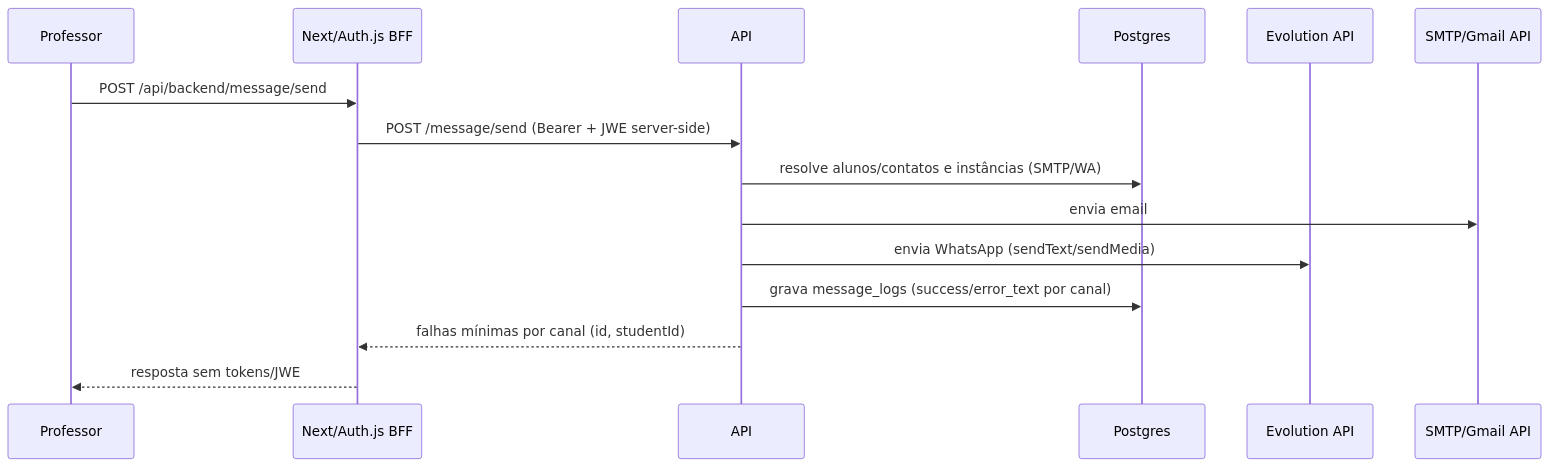
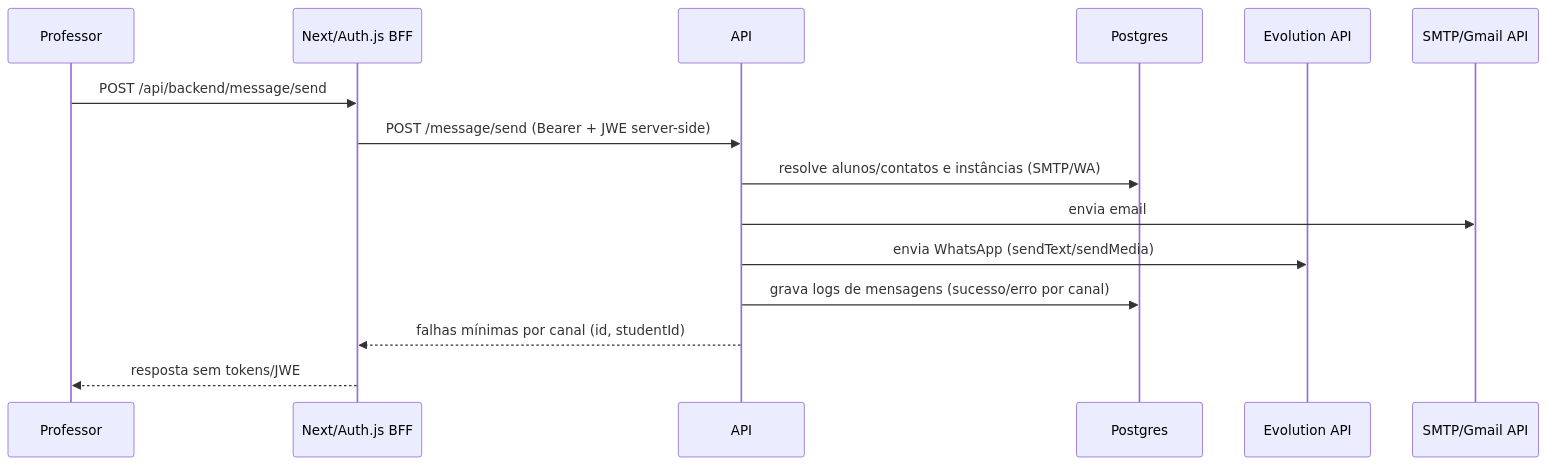
The third of 8 diagrams in README.md (ThalysSilva/unicast-backend), drawn with Mermaid before and after one commit. The commit also changed other lines of this file, not shown here.

Commit message:
fix: corrigindo diagramas no readme

````diff
--- a/README.md
+++ b/README.md
@@ -248,18 +248,18 @@
 ```mermaid
 sequenceDiagram
     participant Professor
     participant BFF as Next/Auth.js BFF
     participant API
     participant DB as Postgres
     participant Evo as Evolution API
     participant Mail as SMTP/Gmail API
 
     Professor->>BFF: POST /api/backend/message/send
     BFF->>API: POST /message/send (Bearer + JWE server-side)
     API->>DB: resolve alunos/contatos e instâncias (SMTP/WA)
     API->>Mail: envia email
     API->>Evo: envia WhatsApp (sendText/sendMedia)
-    API->>DB: grava message_logs (success/error_text por canal)
+    API->>DB: grava logs de mensagens (sucesso/erro por canal)
     API-->>BFF: falhas mínimas por canal (id, studentId)
     BFF-->>Professor: resposta sem tokens/JWE
 ```
````
